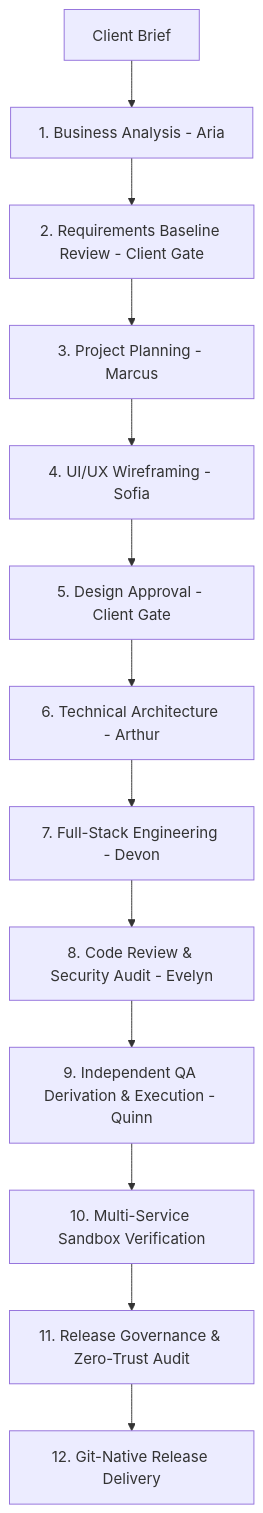
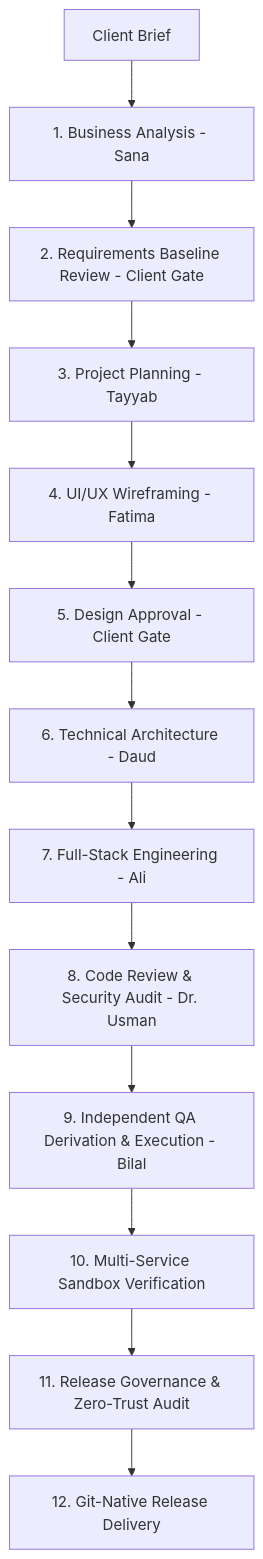
The diagram in README.md (programmerpakistaniorg/taydau-force), drawn with Mermaid before and after one commit. The commit also changed other lines of this file and 4 other files, not shown here.

````diff
--- a/README.md
+++ b/README.md
@@ -35,15 +35,15 @@
 ```mermaid
 graph TD
-  A[Client Brief] --> B[1. Business Analysis - Aria]
+  A[Client Brief] --> B[1. Business Analysis - Sana]
   B --> C[2. Requirements Baseline Review - Client Gate]
-  C --> D[3. Project Planning - Marcus]
-  D --> E[4. UI/UX Wireframing - Sofia]
+  C --> D[3. Project Planning - Tayyab]
+  D --> E[4. UI/UX Wireframing - Fatima]
   E --> F[5. Design Approval - Client Gate]
-  F --> G[6. Technical Architecture - Arthur]
-  G --> H[7. Full-Stack Engineering - Devon]
-  H --> I[8. Code Review & Security Audit - Evelyn]
-  I --> J[9. Independent QA Derivation & Execution - Quinn]
+  F --> G[6. Technical Architecture - Daud]
+  G --> H[7. Full-Stack Engineering - Ali]
+  H --> I[8. Code Review & Security Audit - Dr. Usman]
+  I --> J[9. Independent QA Derivation & Execution - Bilal]
   J --> K[10. Multi-Service Sandbox Verification]
   K --> L[11. Release Governance & Zero-Trust Audit]
   L --> M[12. Git-Native Release Delivery]
 ```
````
